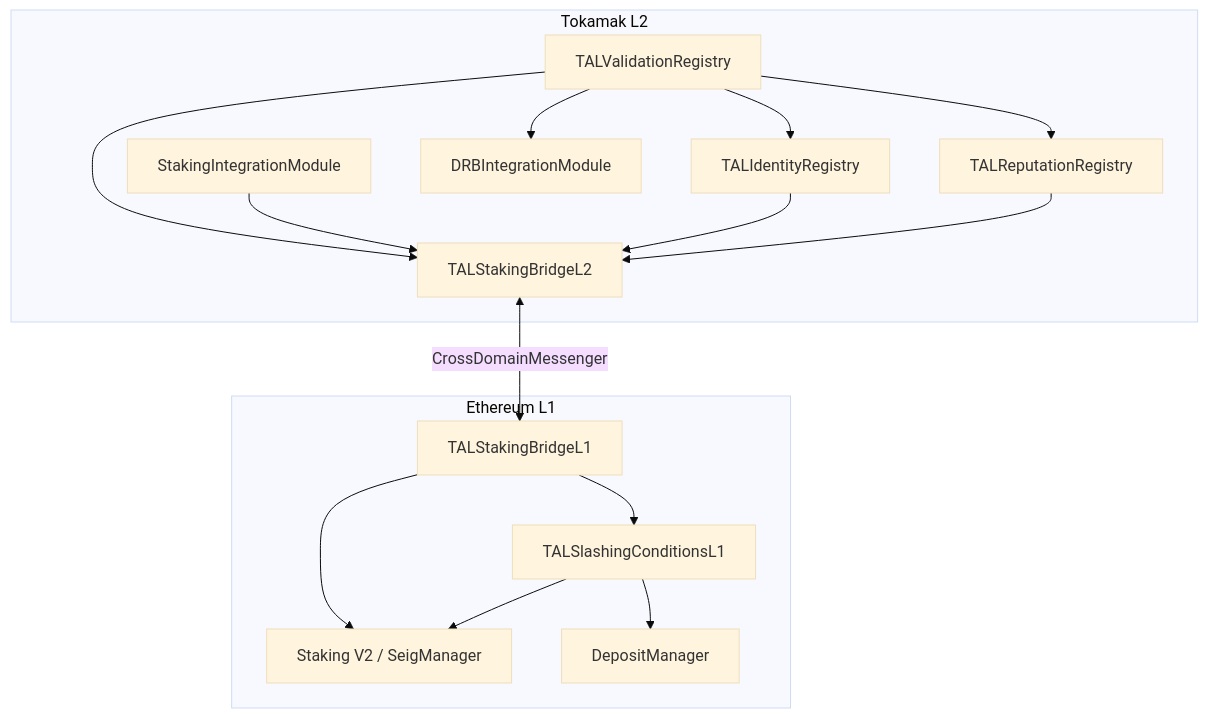
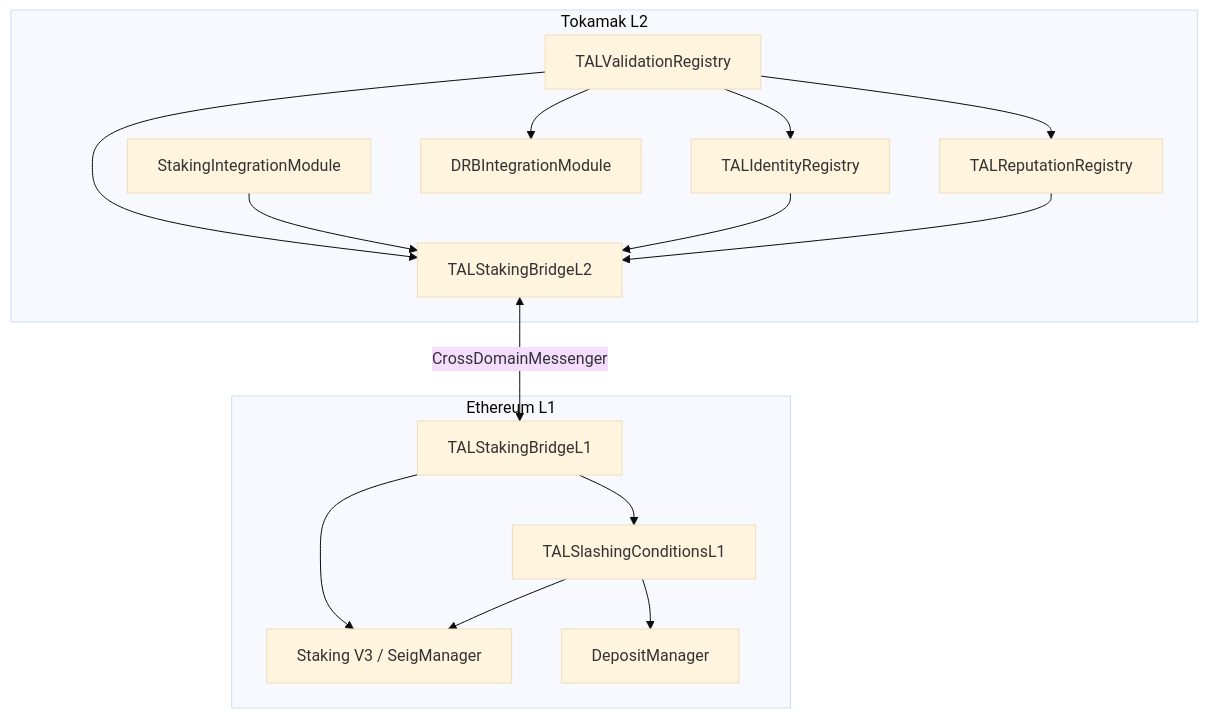
One commit to Mehd1b/Tokamak-AI-Layer changed the diagram in docs/docs/architecture/overview.md. Above: the diagram before and after it, drawn with Mermaid (base theme). The commit also changed other lines of this file and 21 other files, not shown here.

````diff
--- a/docs/docs/architecture/overview.md
+++ b/docs/docs/architecture/overview.md
@@ -20,32 +20,32 @@
 ```mermaid
 flowchart TB
     subgraph L2["Tokamak L2"]
         VR[TALValidationRegistry]
         IR[TALIdentityRegistry]
         RR[TALReputationRegistry]
         DRB[DRBIntegrationModule]
         SIM[StakingIntegrationModule]
         SBL2[TALStakingBridgeL2]
     end
 
     subgraph L1["Ethereum L1"]
         SBL1[TALStakingBridgeL1]
         SC[TALSlashingConditionsL1]
-        SV2[Staking V2 / SeigManager]
+        SV2[Staking V3 / SeigManager]
         DM[DepositManager]
     end
 
     VR --> IR
     VR --> RR
     VR --> DRB
     VR --> SBL2
     SIM --> SBL2
     IR --> SBL2
     RR --> SBL2
 
     SBL2 <-->|CrossDomainMessenger| SBL1
     SBL1 --> SV2
     SBL1 --> SC
     SC --> SV2
     SC --> DM
 ```
````
